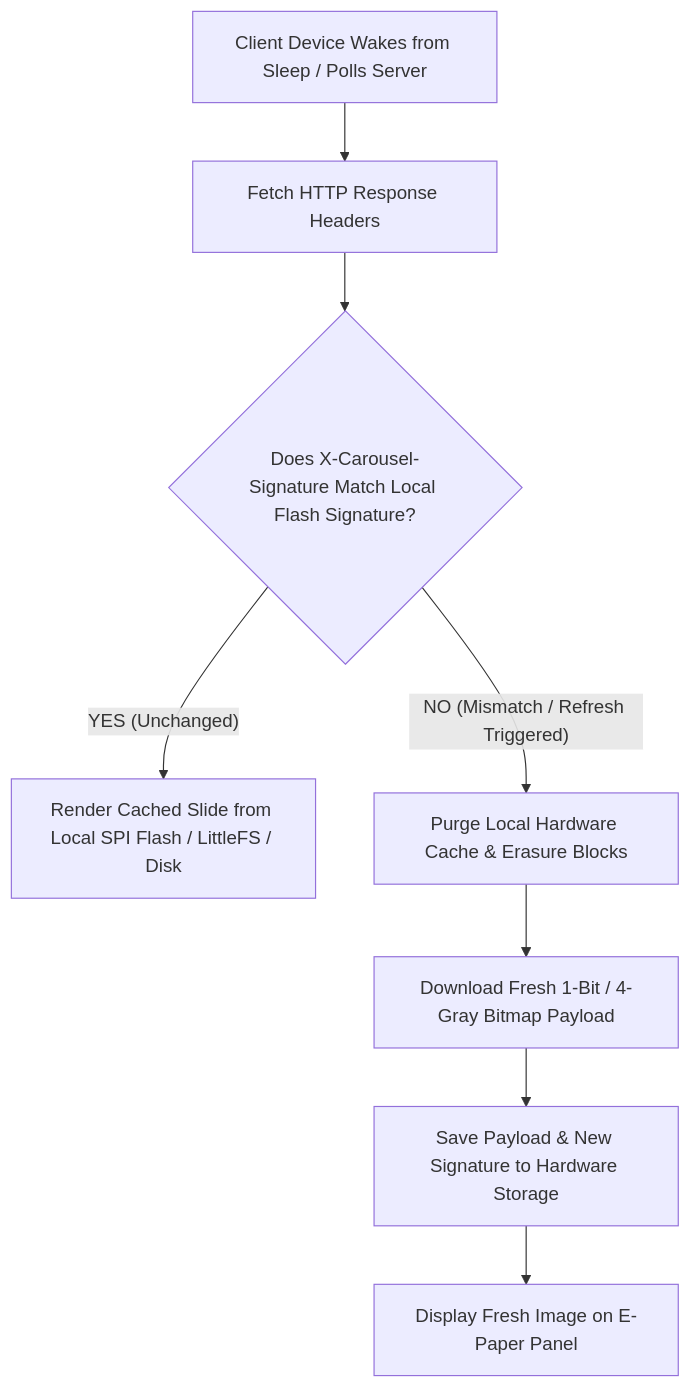
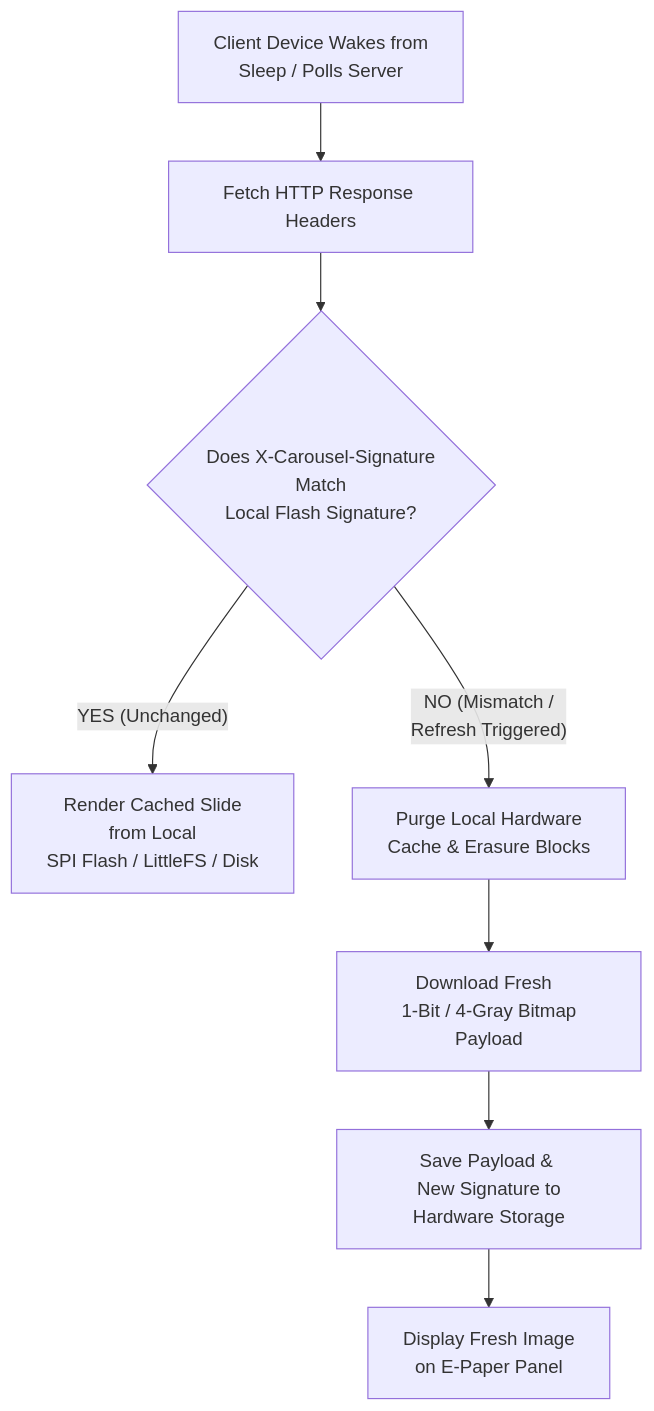
Before and after one commit to DerrickJEvans/inkflow-eink: the third of 3 diagrams in README.md, drawn with Mermaid.

Commit message:
Enhance flowchart formatting in README
Updated flowchart in README to improve readability with line breaks.

````diff
--- a/README.md
+++ b/README.md
@@ -595,10 +595,10 @@
 ```mermaid
 flowchart TD
-    A["Client Device Wakes from Sleep / Polls Server"] --> B["Fetch HTTP Response Headers"]
-    B --> C{"Does X-Carousel-Signature Match Local Flash Signature?"}
-    C -- "YES (Unchanged)" --> D["Render Cached Slide from Local SPI Flash / LittleFS / Disk"]
-    C -- "NO (Mismatch / Refresh Triggered)" --> F["Purge Local Hardware Cache & Erasure Blocks"]
-    F --> G["Download Fresh 1-Bit / 4-Gray Bitmap Payload"]
-    G --> H["Save Payload & New Signature to Hardware Storage"]
-    H --> I["Display Fresh Image on E-Paper Panel"]
+    A["Client Device Wakes from <br/> Sleep / Polls Server"] --> B["Fetch HTTP Response Headers"]
+    B --> C{"Does X-Carousel-Signature <br/> Match <br/> Local Flash Signature?"}
+    C -- "YES (Unchanged)" --> D["Render Cached Slide <br/> from Local <br/> SPI Flash / LittleFS / Disk"]
+    C -- "NO (Mismatch / <br/> Refresh Triggered)" --> F["Purge Local Hardware <br/> Cache & Erasure Blocks"]
+    F --> G["Download Fresh  <br/> 1-Bit / 4-Gray Bitmap Payload"]
+    G --> H["Save Payload & <br/> New Signature to Hardware Storage"]
+    H --> I["Display Fresh Image <br/> on E-Paper Panel"]
 ```
````
